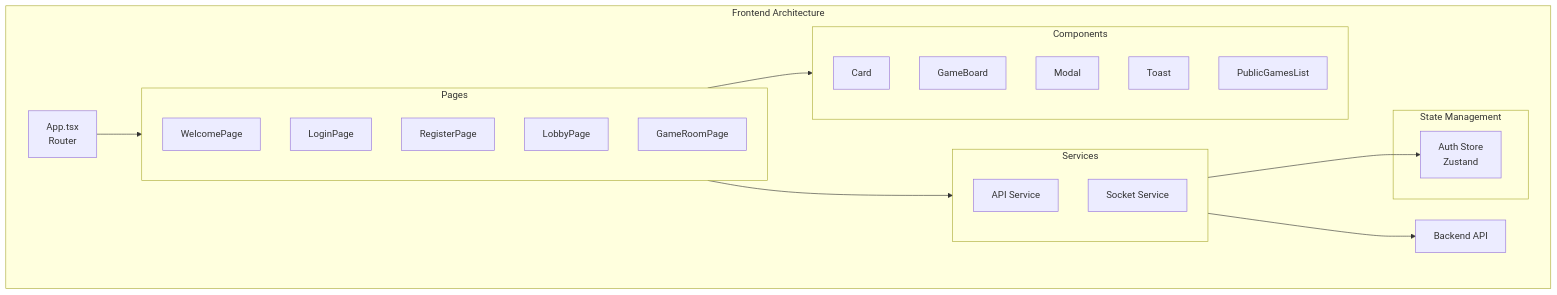
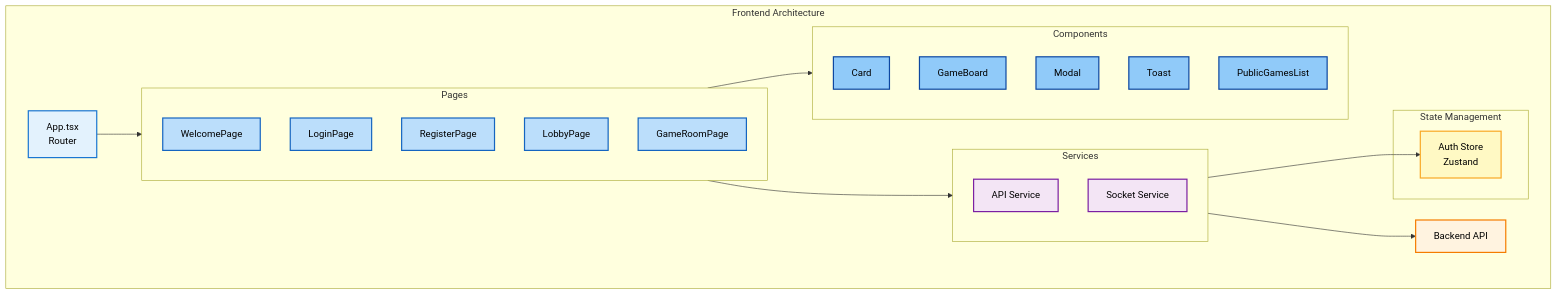
The first of 4 diagrams in docs/frontend/README.md (hamza-berahma/set-game), drawn with Mermaid before and after one commit. The commit also changed other lines of this file and 7 other files, not shown here.

````diff
--- a/docs/frontend/README.md
+++ b/docs/frontend/README.md
@@ -21,37 +21,51 @@
 ```mermaid
 graph TB
     subgraph Frontend_Architecture[Frontend Architecture]
         App[App.tsx<br/>Router]
         
         subgraph Pages[Pages]
             Welcome[WelcomePage]
             Login[LoginPage]
             Register[RegisterPage]
             Lobby[LobbyPage]
             GameRoom[GameRoomPage]
         end
         
         subgraph Components[Components]
             Card[Card]
             GameBoard[GameBoard]
             Modal[Modal]
             Toast[Toast]
             PublicGames[PublicGamesList]
         end
         
         subgraph Services[Services]
             API[API Service]
             Socket[Socket Service]
         end
         
         subgraph State[State Management]
             AuthStore[Auth Store<br/>Zustand]
         end
         
         App --> Pages
         Pages --> Components
         Pages --> Services
         Services --> AuthStore
         Services --> Backend[Backend API]
     end
+    
+    classDef frontend fill:#E3F2FD,stroke:#1976D2,stroke-width:2px,color:#000
+    classDef page fill:#BBDEFB,stroke:#1565C0,stroke-width:2px,color:#000
+    classDef component fill:#90CAF9,stroke:#0D47A1,stroke-width:2px,color:#000
+    classDef service fill:#F3E5F5,stroke:#7B1FA2,stroke-width:2px,color:#000
+    classDef state fill:#FFF9C4,stroke:#F9A825,stroke-width:2px,color:#000
+    classDef backend fill:#FFF3E0,stroke:#F57C00,stroke-width:2px,color:#000
+    
+    class App frontend
+    class Welcome,Login,Register,Lobby,GameRoom page
+    class Card,GameBoard,Modal,Toast,PublicGames component
+    class API,Socket service
+    class AuthStore state
+    class Backend backend
 ```
````
